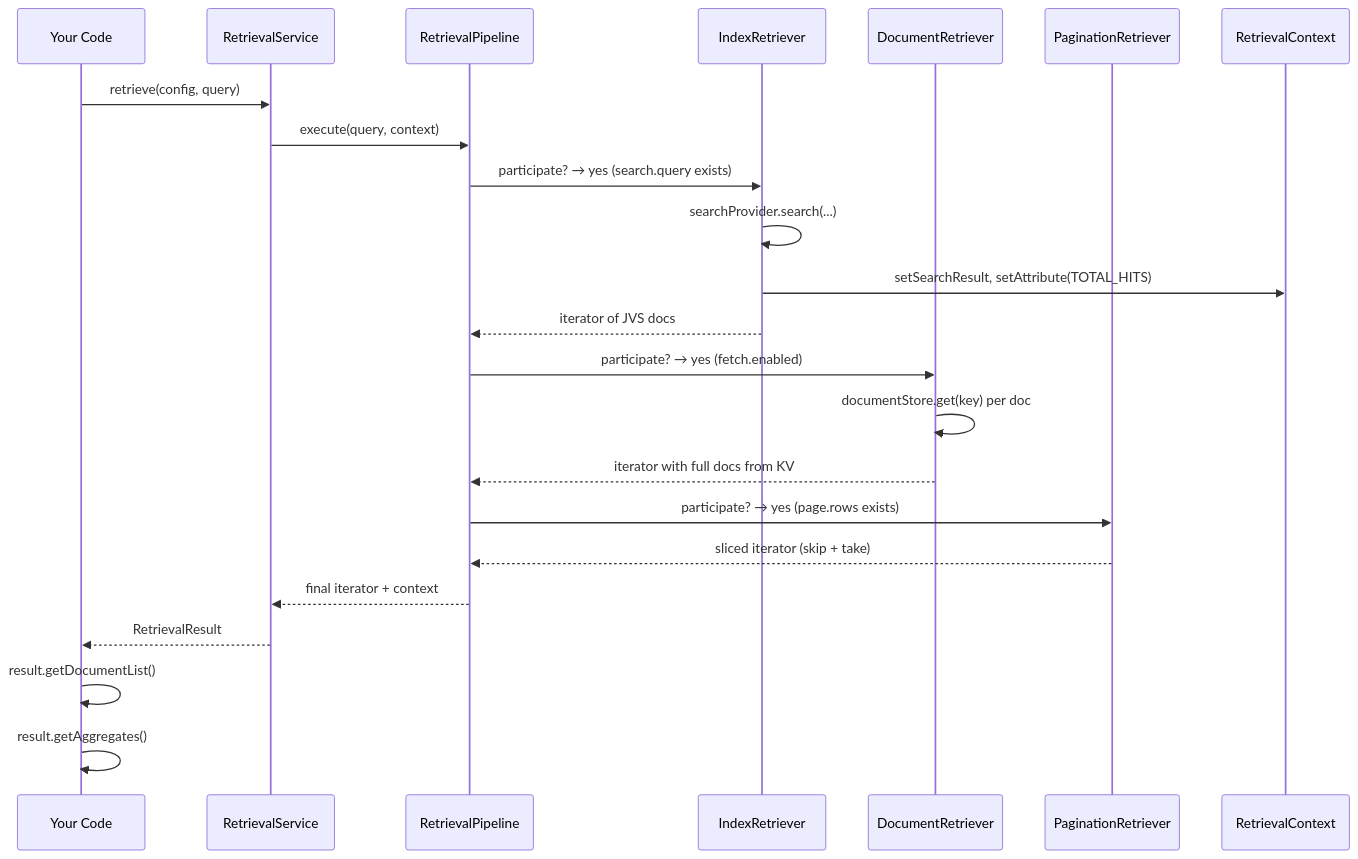
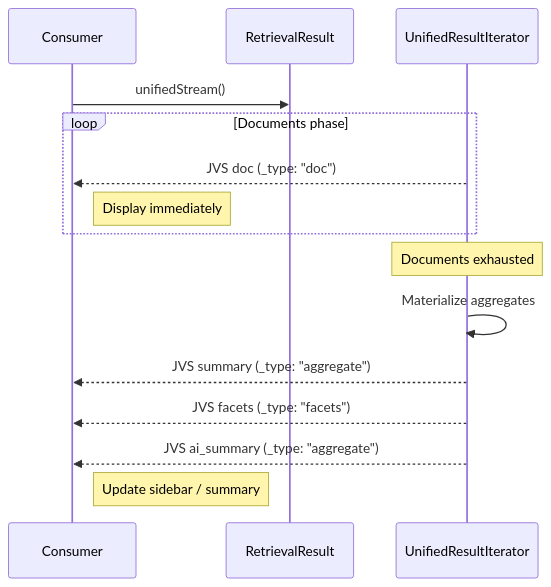
Before and after one commit to geekychris/hitorro-retrieval: the second of 4 diagrams in README.md, drawn with Mermaid. The commit also changed other lines of this file, not shown here.

Commit message:
retrieval cleanup with remote streaming support.

````diff
--- a/README.md
+++ b/README.md
@@ -148,30 +153,18 @@
 ```mermaid
 sequenceDiagram
-    participant App as Your Code
-    participant Svc as RetrievalService
-    participant Pipe as RetrievalPipeline
-    participant IR as IndexRetriever
-    participant DR as DocumentRetriever
-    participant PR as PaginationRetriever
-    participant Ctx as RetrievalContext
+    participant App as Consumer
+    participant Result as RetrievalResult
+    participant Iter as UnifiedResultIterator
 
-    App->>Svc: retrieve(config, query)
-    Svc->>Pipe: execute(query, context)
-    
-    Pipe->>IR: participate? → yes (search.query exists)
-    IR->>IR: searchProvider.search(...)
-    IR->>Ctx: setSearchResult, setAttribute(TOTAL_HITS)
-    IR-->>Pipe: iterator of JVS docs
-
-    Pipe->>DR: participate? → yes (fetch.enabled)
-    DR->>DR: documentStore.get(key) per doc
-    DR-->>Pipe: iterator with full docs from KV
-
-    Pipe->>PR: participate? → yes (page.rows exists)
-    PR-->>Pipe: sliced iterator (skip + take)
-
-    Pipe-->>Svc: final iterator + context
-    Svc-->>App: RetrievalResult
-    App->>App: result.getDocumentList()
-    App->>App: result.getAggregates()
+    App->>Result: unifiedStream()
+    loop Documents phase
+        Iter-->>App: JVS doc (_type: "doc")
+        Note right of App: Display immediately
+    end
+    Note over Iter: Documents exhausted
+    Iter->>Iter: Materialize aggregates
+    Iter-->>App: JVS summary (_type: "aggregate")
+    Iter-->>App: JVS facets (_type: "facets")
+    Iter-->>App: JVS ai_summary (_type: "aggregate")
+    Note right of App: Update sidebar / summary
 ```
````
